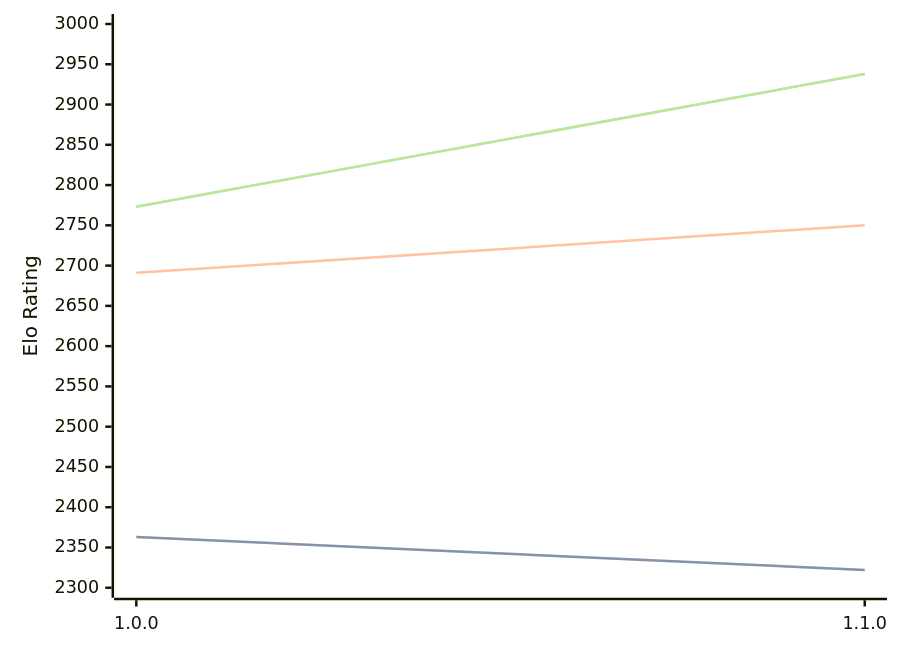
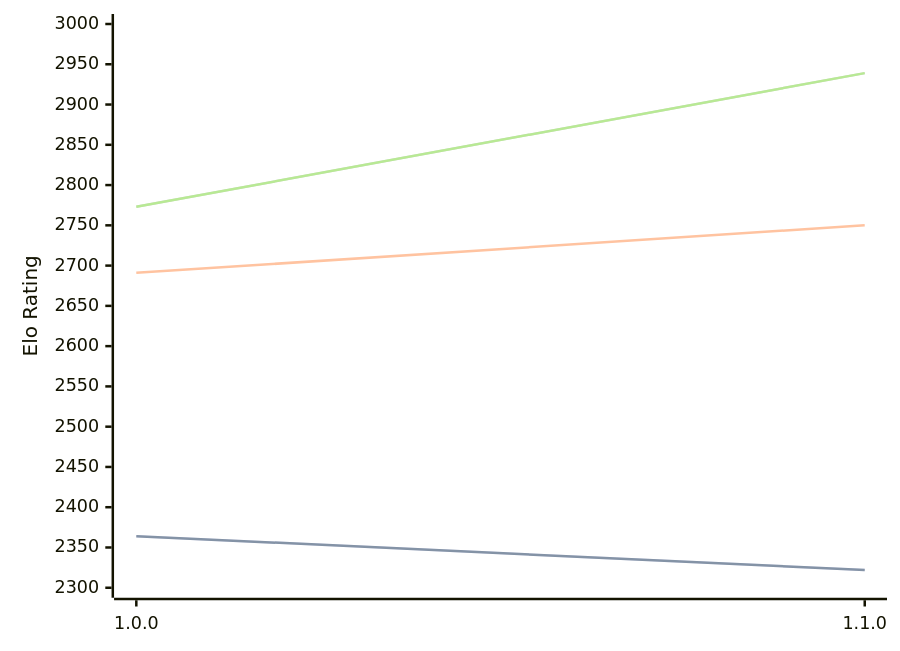
One commit to computer-chess-index/cci changed the diagram in engines/ShallowGuess.md. Above: the diagram before and after it, drawn with Mermaid. The commit also changed other lines of this file, not shown here.

Commit message:
Update CCI Ratings (ELO VLTC) - 2026-04-12

````diff
--- a/engines/ShallowGuess.md
+++ b/engines/ShallowGuess.md
@@ -36,11 +36,11 @@
 ```mermaid
 %%{init: {"theme":"base","themeVariables":{"seriesColors:['#a3a3a3','#222221','#faa371']}}}%%
 xychart-beta
   x-axis ["1.0.0", "1.1.0"]
   y-axis "Elo Rating" 2300 --> 3000
-  line "STC (8.0+0.08s)" [2363, 2322]
-  line "STC (8.0+0.08s)" [2363, 2322]
+  line "STC (8.0+0.08s)" [2364, 2322]
+  line "STC (8.0+0.08s)" [2364, 2322]
   line "LTC (60.0+0.60s)" [2691, 2750]
-  line "VLTC (2m24s+1.12s)" [2773, 2938]
-  line "VLTC (2m24s+1.12s)" [2773, 2938]
+  line "VLTC (2m24s+1.12s)" [2773, 2939]
+  line "VLTC (2m24s+1.12s)" [2773, 2939]
 ```
````
